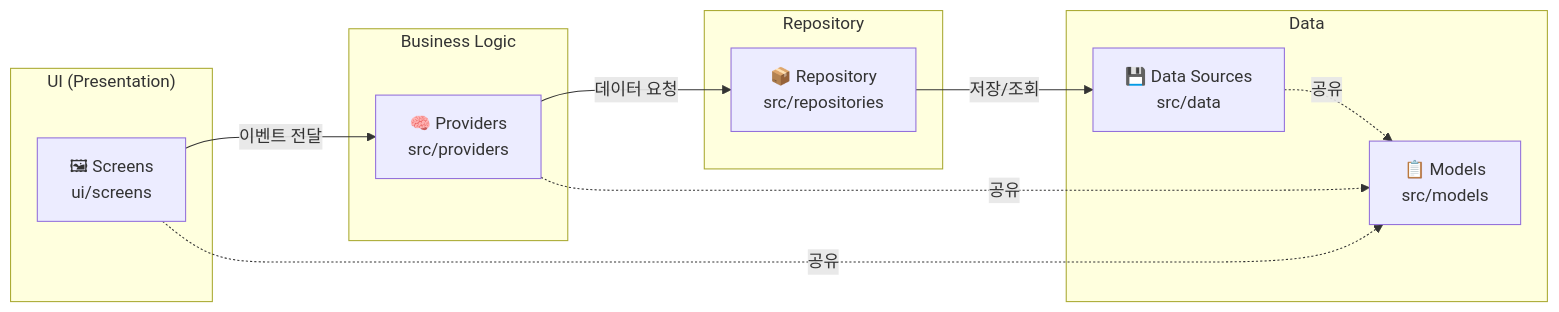
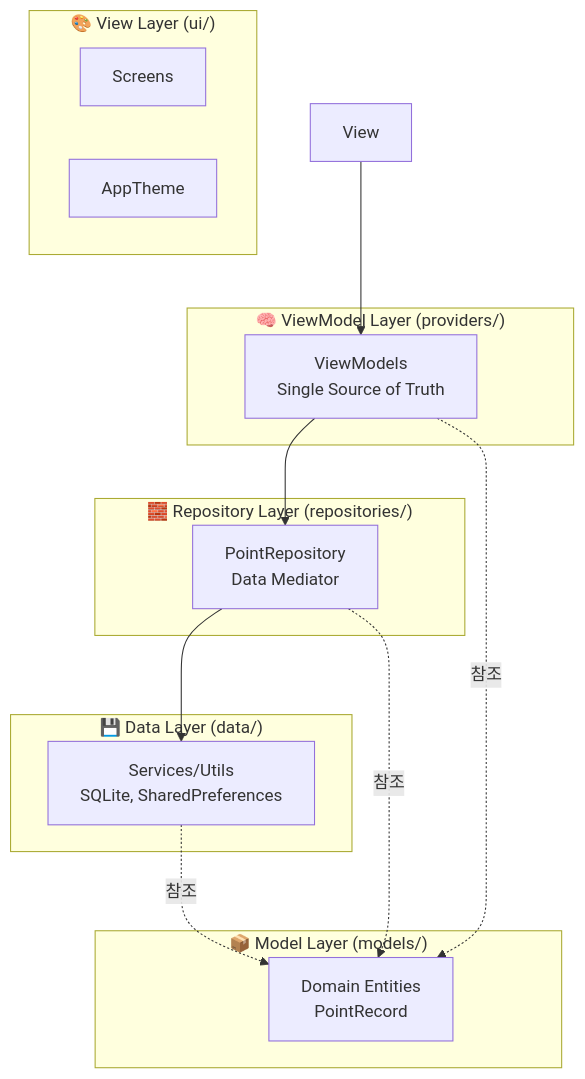
The first of 10 diagrams in docs/LEARNING_GUIDE.md (goodsw4all/wawapoint_flutter), drawn with Mermaid before and after one commit. The commit also changed other lines of this file, not shown here.

````diff
--- a/docs/LEARNING_GUIDE.md
+++ b/docs/LEARNING_GUIDE.md
@@ -34,23 +39,30 @@
 ```mermaid
-graph LR
-    subgraph "UI (Presentation)"
-        A["🖼 Screens<br/>ui/screens"]
-    end
-    subgraph "Business Logic"
-        B["🧠 Providers<br/>src/providers"]
-    end
-    subgraph "Repository"
-        C["📦 Repository<br/>src/repositories"]
-    end
-    subgraph "Data"
-        D["💾 Data Sources<br/>src/data"]
-        E["📋 Models<br/>src/models"]
+graph TB
+    subgraph "🎨 View Layer (ui/)"
+        Screen[Screens]
+        Theme[AppTheme]
     end
 
-    A -->|이벤트 전달| B
-    B -->|데이터 요청| C
-    C -->|저장/조회| D
-    D -. 공유 .-> E
-    B -. 공유 .-> E
-    A -. 공유 .-> E
+    subgraph "🧠 ViewModel Layer (providers/)"
+        VM[ViewModels<br/>Single Source of Truth]
+    end
+
+    subgraph "🧱 Repository Layer (repositories/)"
+        Repo[PointRepository<br/>Data Mediator]
+    end
+
+    subgraph "💾 Data Layer (data/)"
+        Service[Services/Utils<br/>SQLite, SharedPreferences]
+    end
+
+    subgraph "📦 Model Layer (models/)"
+        Model[Domain Entities<br/>PointRecord]
+    end
+
+    View --> VM
+    VM --> Repo
+    Repo --> Service
+    Service -. 참조 .-> Model
+    Repo -. 참조 .-> Model
+    VM -. 참조 .-> Model
 ```
````
